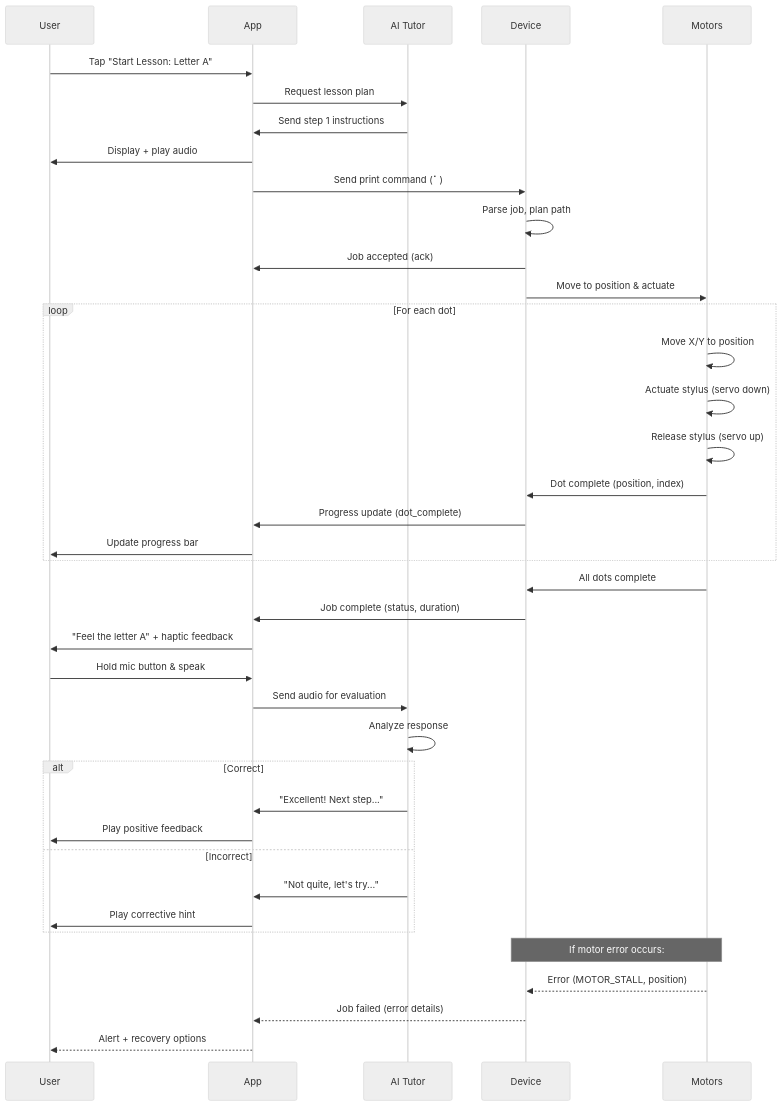
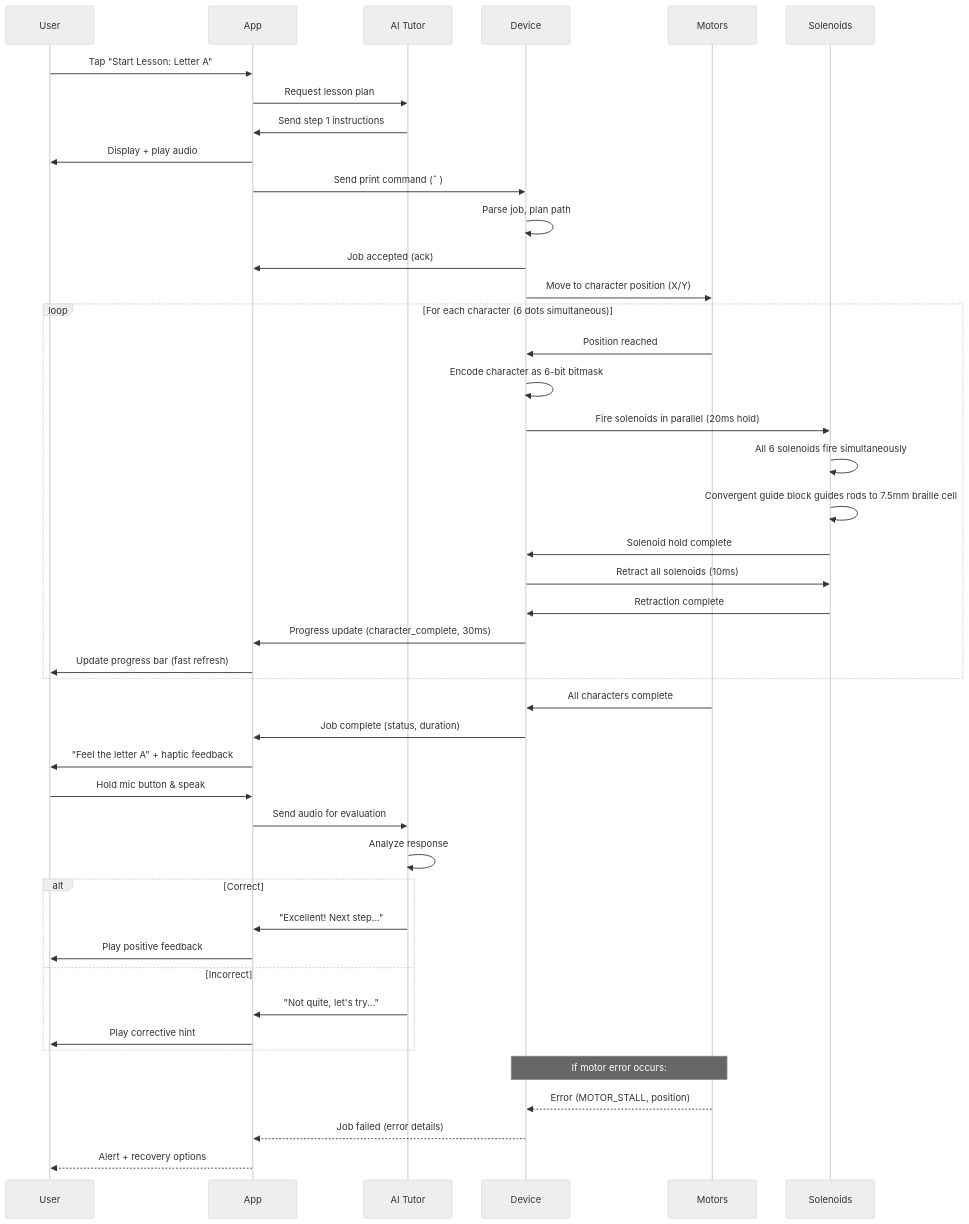
The second of 2 diagrams in 07_Mobile_App_Specification.md (vikrantwiz02/DFP-13), drawn with Mermaid (neutral theme) before and after one commit. The commit also changed 5 other files, not shown here.

First line of the commit message:
Enhance mobile app specification and timeline milestones

````diff
--- a/07_Mobile_App_Specification.md
+++ b/07_Mobile_App_Specification.md
@@ -177,46 +177,51 @@
 ```mermaid
 sequenceDiagram
     participant U as User
     participant A as App
     participant AI as AI Tutor
     participant D as Device
     participant M as Motors
+    participant S as Solenoids
     
     U->>A: Tap "Start Lesson: Letter A"
     A->>AI: Request lesson plan
     AI->>A: Send step 1 instructions
     A->>U: Display + play audio
     A->>D: Send print command (⠁)
     D->>D: Parse job, plan path
     D->>A: Job accepted (ack)
-    D->>M: Move to position & actuate
+    D->>M: Move to character position (X/Y)
     
-    loop For each dot
-        M->>M: Move X/Y to position
-        M->>M: Actuate stylus (servo down)
-        M->>M: Release stylus (servo up)
-        M->>D: Dot complete (position, index)
-        D->>A: Progress update (dot_complete)
-        A->>U: Update progress bar
+    loop For each character (6 dots simultaneous)
+        M->>D: Position reached
+        D->>D: Encode character as 6-bit bitmask
+        D->>S: Fire solenoids in parallel (20ms hold)
+        S->>S: All 6 solenoids fire simultaneously
+        S->>S: Convergent guide block guides rods to 7.5mm braille cell
+        S->>D: Solenoid hold complete
+        D->>S: Retract all solenoids (10ms)
+        S->>D: Retraction complete
+        D->>A: Progress update (character_complete, 30ms)
+        A->>U: Update progress bar (fast refresh)
     end
     
-    M->>D: All dots complete
+    M->>D: All characters complete
     D->>A: Job complete (status, duration)
     A->>U: "Feel the letter A" + haptic feedback
     
     U->>A: Hold mic button & speak
     A->>AI: Send audio for evaluation
     AI->>AI: Analyze response
     alt Correct
         AI->>A: "Excellent! Next step..."
         A->>U: Play positive feedback
     else Incorrect
         AI->>A: "Not quite, let's try..."
         A->>U: Play corrective hint
     end
     
     Note over M,D: If motor error occurs:
     M-->>D: Error (MOTOR_STALL, position)
     D-->>A: Job failed (error details)
     A-->>U: Alert + recovery options
 ```
````
